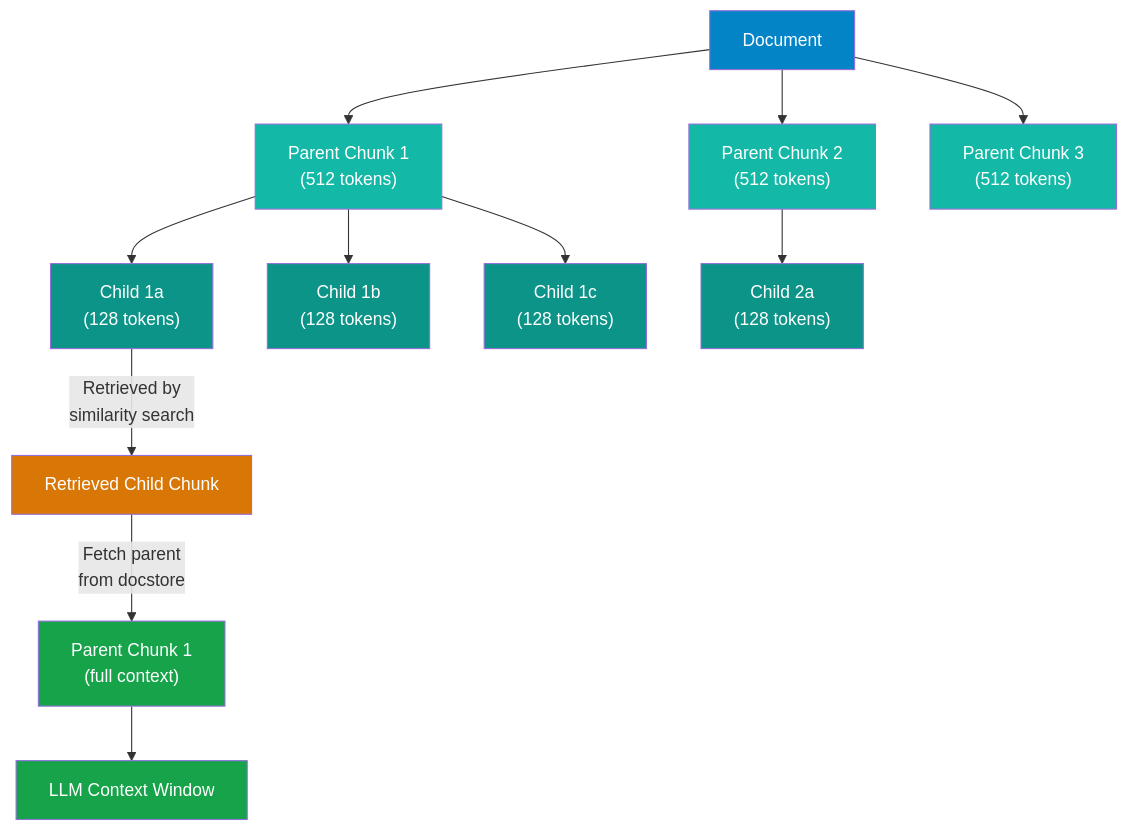
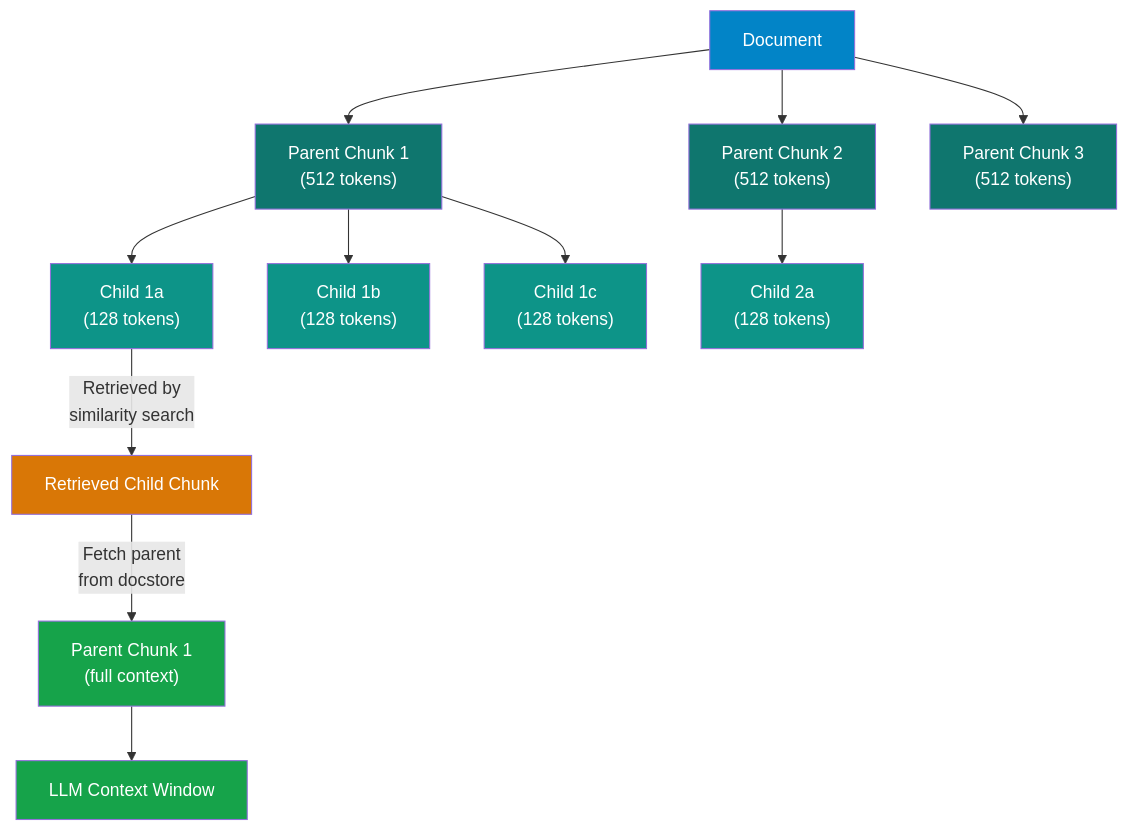
One commit to nitin27may/ai-resources changed the first of 2 diagrams in docs/rag/chunking-strategies.md. Above: the diagram before and after it, drawn with Mermaid. The commit also changed other lines of this file and 84 other files, not shown here.

````diff
--- a/docs/rag/chunking-strategies.md
+++ b/docs/rag/chunking-strategies.md
@@ -150,27 +154,27 @@
 ```mermaid
 flowchart TD
     DOC["Document"]
-    DOC --> P1["Parent Chunk 1\n(512 tokens)"]
-    DOC --> P2["Parent Chunk 2\n(512 tokens)"]
-    DOC --> P3["Parent Chunk 3\n(512 tokens)"]
-    P1 --> C1["Child 1a\n(128 tokens)"]
-    P1 --> C2["Child 1b\n(128 tokens)"]
-    P1 --> C3["Child 1c\n(128 tokens)"]
-    P2 --> C4["Child 2a\n(128 tokens)"]
+    DOC --> P1["Parent Chunk 1<br/>(512 tokens)"]
+    DOC --> P2["Parent Chunk 2<br/>(512 tokens)"]
+    DOC --> P3["Parent Chunk 3<br/>(512 tokens)"]
+    P1 --> C1["Child 1a<br/>(128 tokens)"]
+    P1 --> C2["Child 1b<br/>(128 tokens)"]
+    P1 --> C3["Child 1c<br/>(128 tokens)"]
+    P2 --> C4["Child 2a<br/>(128 tokens)"]
 
-    C1 -- "Retrieved by\nsimilarity search" --> RET["Retrieved Child Chunk"]
-    RET -- "Fetch parent\nfrom docstore" --> FETCH["Parent Chunk 1\n(full context)"]
+    C1 -- "Retrieved by<br/>similarity search" --> RET["Retrieved Child Chunk"]
+    RET -- "Fetch parent<br/>from docstore" --> FETCH["Parent Chunk 1<br/>(full context)"]
     FETCH --> LLM["LLM Context Window"]
 
     style DOC fill:#0284c7,color:#fff
-    style P1 fill:#14b8a6,color:#fff
-    style P2 fill:#14b8a6,color:#fff
-    style P3 fill:#14b8a6,color:#fff
+    style P1 fill:#0f766e,color:#fff
+    style P2 fill:#0f766e,color:#fff
+    style P3 fill:#0f766e,color:#fff
     style C1 fill:#0d9488,color:#fff
     style C2 fill:#0d9488,color:#fff
     style C3 fill:#0d9488,color:#fff
     style C4 fill:#0d9488,color:#fff
     style RET fill:#d97706,color:#fff
     style FETCH fill:#16a34a,color:#fff
     style LLM fill:#16a34a,color:#fff
 ```
````
